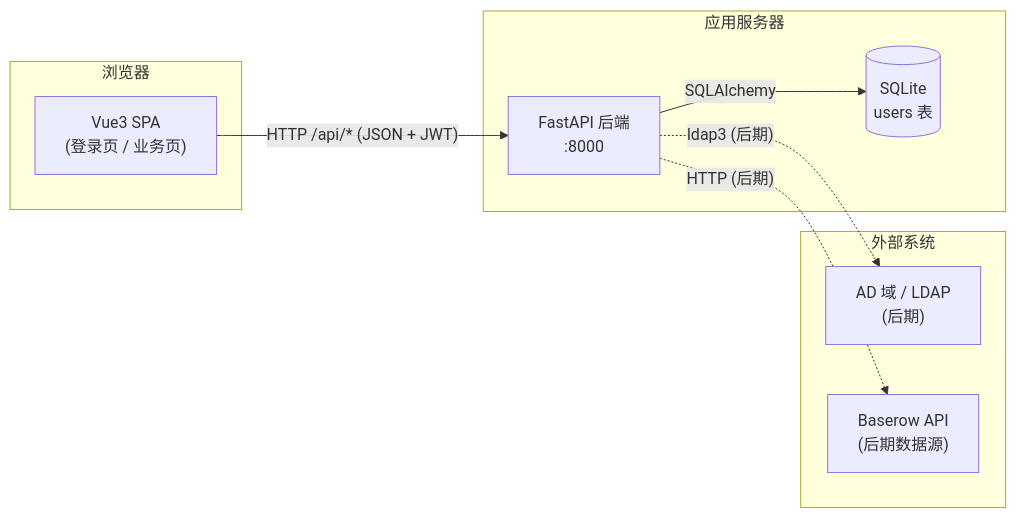
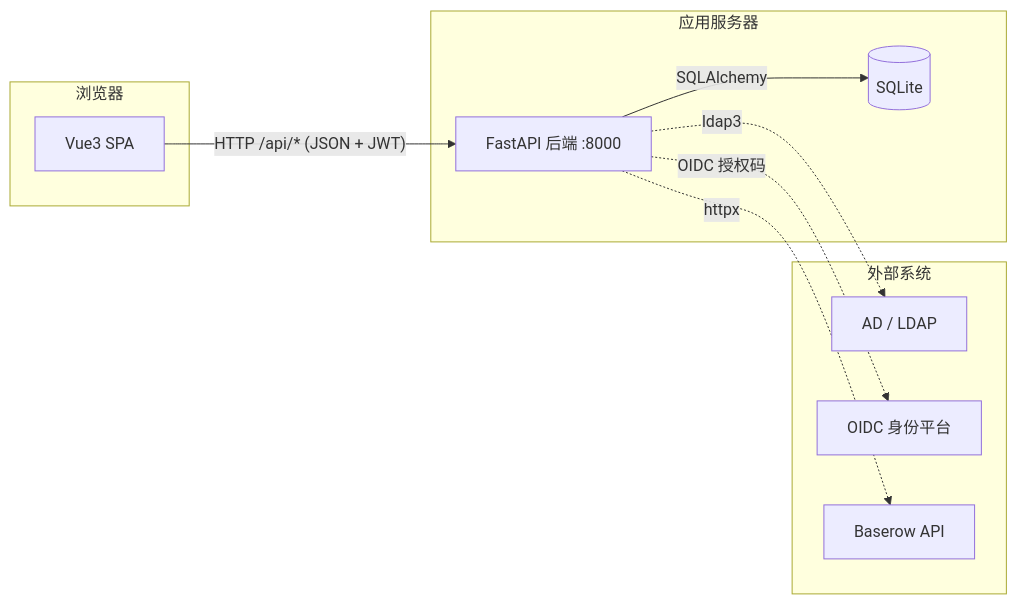
Before and after one commit to HaoChen715/Information_Integration_System: the first of 2 diagrams in docs/系统设计开发文档.md, drawn with Mermaid. The commit also changed other lines of this file, not shown here.

````diff
--- a/docs/系统设计开发文档.md
+++ b/docs/系统设计开发文档.md
@@ -80,21 +64,20 @@
 ```mermaid
 flowchart LR
     subgraph Client["浏览器"]
-        UI["Vue3 SPA<br/>(登录页 / 业务页)"]
+        UI["Vue3 SPA"]
     end
-
     subgraph Server["应用服务器"]
-        API["FastAPI 后端<br/>:8000"]
-        DB[("SQLite<br/>users 表")]
+        API["FastAPI 后端 :8000"]
+        DB[("SQLite")]
     end
-
     subgraph External["外部系统"]
-        AD["AD 域 / LDAP<br/>(后期)"]
-        BR["Baserow API<br/>(后期数据源)"]
+        AD["AD / LDAP"]
+        OIDC["OIDC 身份平台"]
+        BR["Baserow API"]
     end
-
     UI -- "HTTP /api/* (JSON + JWT)" --> API
     API -- "SQLAlchemy" --> DB
-    API -. "ldap3 (后期)" .-> AD
-    API -. "HTTP (后期)" .-> BR
+    API -. "ldap3" .-> AD
+    API -. "OIDC 授权码" .-> OIDC
+    API -. "httpx" .-> BR
 ```
````
